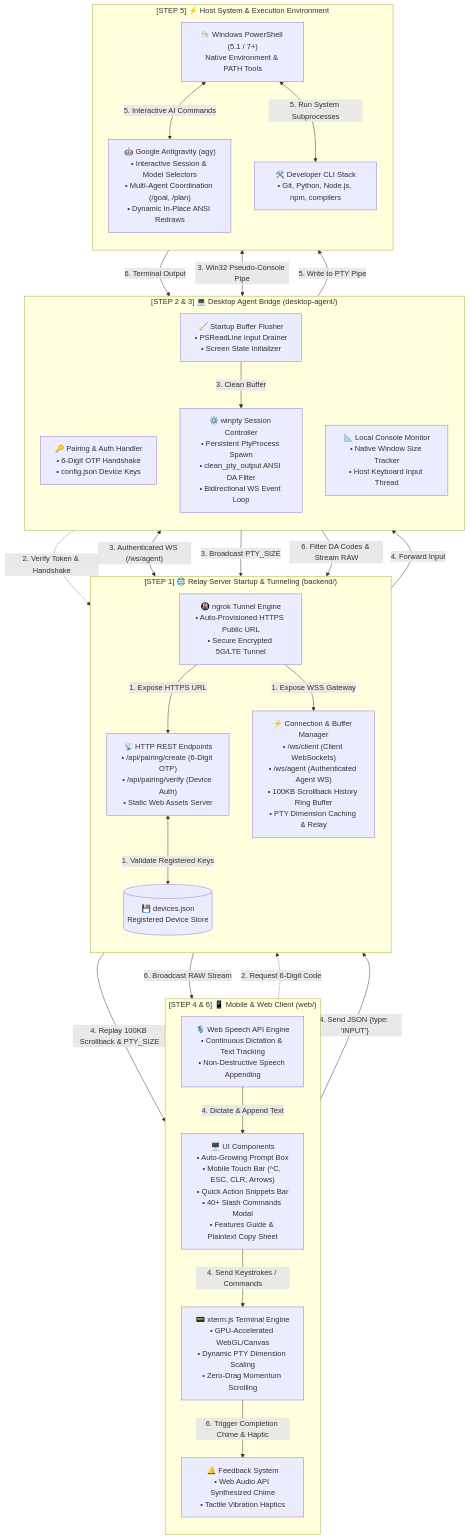
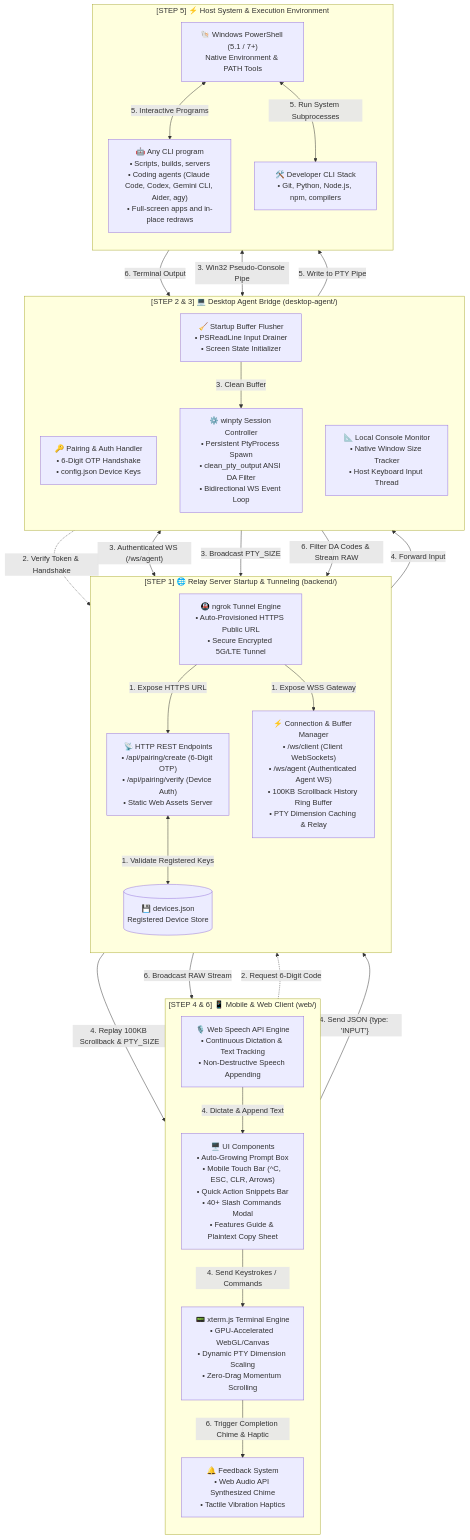
One commit to Astroash2001/termpilot changed the diagram in README.md. Above: the diagram before and after it, drawn with Mermaid. The commit also changed other lines of this file and 1 other file, not shown here.

First line of the commit message:
Describe TermPilot as remote terminal control, not an agy companion

````diff
--- a/README.md
+++ b/README.md
@@ -25,66 +24,66 @@
 ```mermaid
 graph TB
     subgraph S1["[STEP 1] 🌐 Relay Server Startup & Tunneling (backend/)"]
         direction TB
         HTTPRoutes["📡 HTTP REST Endpoints<br/>• /api/pairing/create (6-Digit OTP)<br/>• /api/pairing/verify (Device Auth)<br/>• Static Web Assets Server"]
         Tunnel["🚇 ngrok Tunnel Engine<br/>• Auto-Provisioned HTTPS Public URL<br/>• Secure Encrypted 5G/LTE Tunnel"]
         WSManager["⚡ Connection & Buffer Manager<br/>• /ws/client (Client WebSockets)<br/>• /ws/agent (Authenticated Agent WS)<br/>• 100KB Scrollback History Ring Buffer<br/>• PTY Dimension Caching & Relay"]
         DeviceStore[("💾 devices.json<br/>Registered Device Store")]
     end
 
     subgraph S2["[STEP 2 & 3] 💻 Desktop Agent Bridge (desktop-agent/)"]
         direction TB
         AuthModule["🔑 Pairing & Auth Handler<br/>• 6-Digit OTP Handshake<br/>• config.json Device Keys"]
         PTYEngine["⚙️ winpty Session Controller<br/>• Persistent PtyProcess Spawn<br/>• clean_pty_output ANSI DA Filter<br/>• Bidirectional WS Event Loop"]
         ConsoleSync["📐 Local Console Monitor<br/>• Native Window Size Tracker<br/>• Host Keyboard Input Thread"]
         Flusher["🧹 Startup Buffer Flusher<br/>• PSReadLine Input Drainer<br/>• Screen State Initializer"]
     end
 
     subgraph S3["[STEP 4 & 6] 📱 Mobile & Web Client (web/)"]
         direction TB
         UI["🖥️ UI Components<br/>• Auto-Growing Prompt Box<br/>• Mobile Touch Bar (^C, ESC, CLR, Arrows)<br/>• Quick Action Snippets Bar<br/>• 40+ Slash Commands Modal<br/>• Features Guide & Plaintext Copy Sheet"]
         VoiceEngine["🎙️ Web Speech API Engine<br/>• Continuous Dictation & Text Tracking<br/>• Non-Destructive Speech Appending"]
         Terminal["📟 xterm.js Terminal Engine<br/>• GPU-Accelerated WebGL/Canvas<br/>• Dynamic PTY Dimension Scaling<br/>• Zero-Drag Momentum Scrolling"]
         Feedback["🔔 Feedback System<br/>• Web Audio API Synthesized Chime<br/>• Tactile Vibration Haptics"]
     end
 
     subgraph S4["[STEP 5] ⚡ Host System & Execution Environment"]
         direction TB
         Shell["🐚 Windows PowerShell (5.1 / 7+)<br/>Native Environment & PATH Tools"]
-        AgyCLI["🤖 Google Antigravity (agy)<br/>• Interactive Session & Model Selectors<br/>• Multi-Agent Coordination (/goal, /plan)<br/>• Dynamic In-Place ANSI Redraws"]
+        AgyCLI["🤖 Any CLI program<br/>• Scripts, builds, servers<br/>• Coding agents (Claude Code, Codex, Gemini CLI, Aider, agy)<br/>• Full-screen apps and in-place redraws"]
         DevTools["🛠️ Developer CLI Stack<br/>• Git, Python, Node.js, npm, compilers"]
     end
 
     %% Step 1: Startup
     HTTPRoutes <-->|1. Validate Registered Keys| DeviceStore
     Tunnel -->|1. Expose HTTPS URL| HTTPRoutes
     Tunnel -->|1. Expose WSS Gateway| WSManager
 
     %% Step 2: Pairing & Handshake
     UI -.->|"2. Request 6-Digit Code"| HTTPRoutes
     AuthModule -.->|"2. Verify Token & Handshake"| HTTPRoutes
 
     %% Step 3: Agent Connect & PTY Spawn
     PTYEngine <-->|"3. Authenticated WS (/ws/agent)"| WSManager
     ConsoleSync -->|"3. Broadcast PTY_SIZE"| WSManager
     Flusher -->|"3. Clean Buffer"| PTYEngine
     PTYEngine <-->|"3. Win32 Pseudo-Console Pipe"| Shell
 
     %% Step 4: Client Connect & User Input
     WSManager -->|"4. Replay 100KB Scrollback & PTY_SIZE"| Terminal
     VoiceEngine -->|"4. Dictate & Append Text"| UI
     UI -->|"4. Send Keystrokes / Commands"| Terminal
     Terminal -->|"4. Send JSON {type: 'INPUT'}"| WSManager
     WSManager -->|"4. Forward Input"| PTYEngine
 
     %% Step 5: Execution
     PTYEngine -->|"5. Write to PTY Pipe"| Shell
-    Shell <-->|"5. Interactive AI Commands"| AgyCLI
+    Shell <-->|"5. Interactive Programs"| AgyCLI
     Shell <-->|"5. Run System Subprocesses"| DevTools
 
     %% Step 6: Output & Feedback
     Shell -->|"6. Terminal Output"| PTYEngine
     PTYEngine -->|"6. Filter DA Codes & Stream RAW"| WSManager
     WSManager -->|"6. Broadcast RAW Stream"| Terminal
     Terminal -->|"6. Trigger Completion Chime & Haptic"| Feedback
 ```
````
